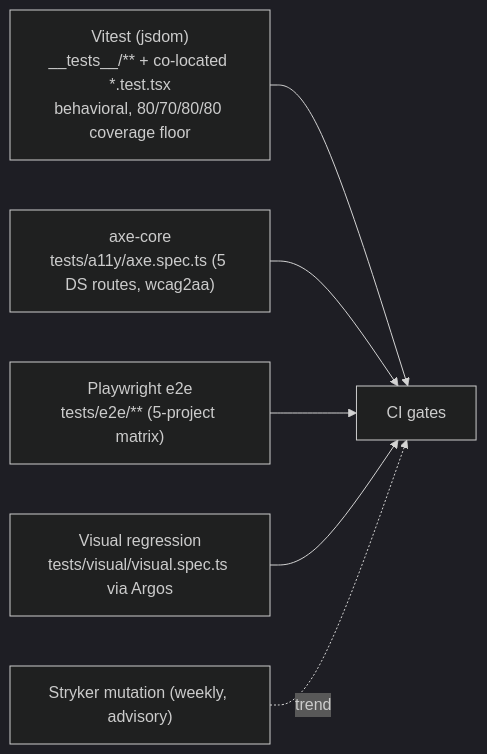
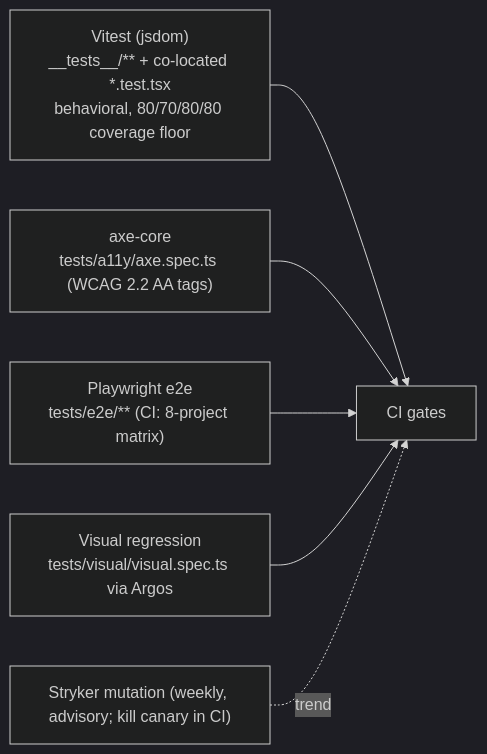
The second of 5 diagrams in docs/07-workflows.md (erikunha/portfolio), drawn with Mermaid (dark theme) before and after one commit. The commit also changed other lines of this file and 1307 other files, not shown here.

````diff
--- a/docs/07-workflows.md
+++ b/docs/07-workflows.md
@@ -53,9 +118,9 @@
 ```mermaid
 flowchart LR
     unit["Vitest (jsdom)<br/>__tests__/** + co-located *.test.tsx<br/>behavioral, 80/70/80/80 coverage floor"] --> ci
-    a11y["axe-core<br/>tests/a11y/axe.spec.ts (5 DS routes, wcag2aa)"] --> ci
-    e2e["Playwright e2e<br/>tests/e2e/** (5-project matrix)"] --> ci
+    a11y["axe-core<br/>tests/a11y/axe.spec.ts (WCAG 2.2 AA tags)"] --> ci
+    e2e["Playwright e2e<br/>tests/e2e/** (CI: 8-project matrix)"] --> ci
     visual["Visual regression<br/>tests/visual/visual.spec.ts via Argos"] --> ci
-    mut["Stryker mutation (weekly, advisory)"] -. trend .-> ci
+    mut["Stryker mutation (weekly, advisory; kill canary in CI)"] -. trend .-> ci
     ci["CI gates"]
 ```
````
